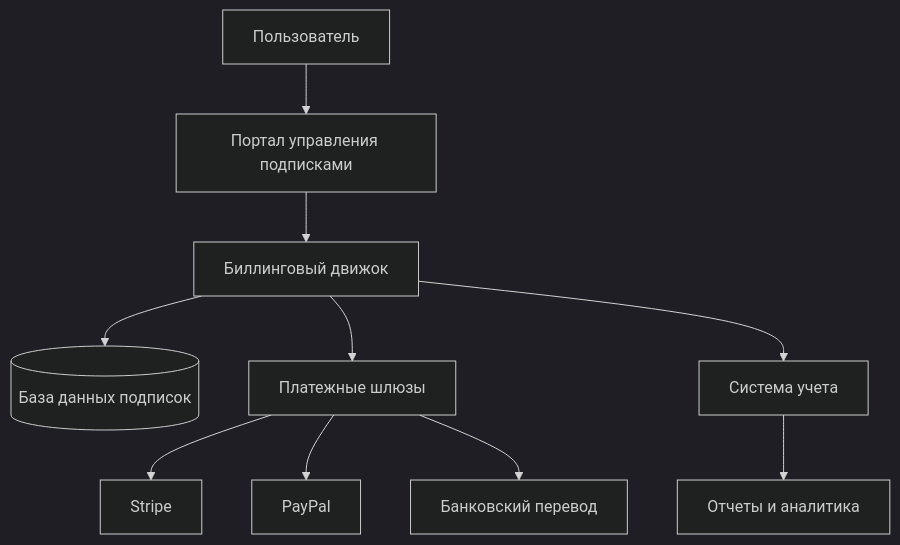
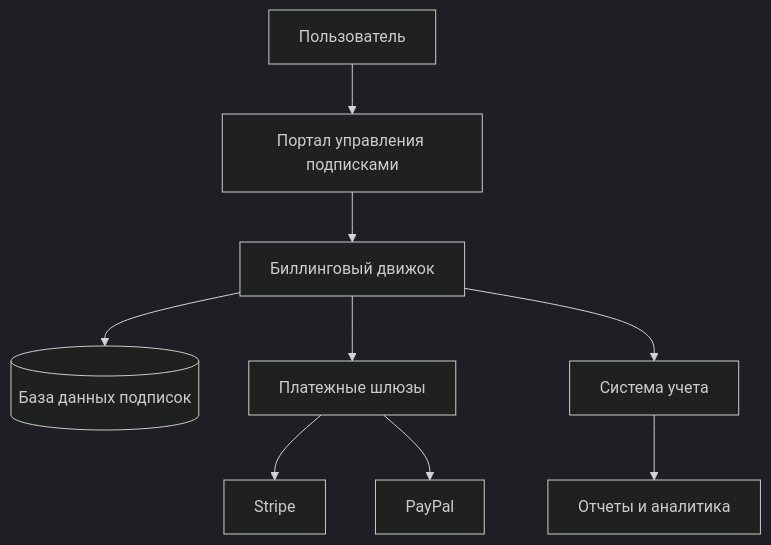
The diagram in docs/subscription/billing.md (Vnedrenec/integrator), drawn with Mermaid (dark theme) before and after one commit. The commit also changed other lines of this file, not shown here.

````diff
--- a/docs/subscription/billing.md
+++ b/docs/subscription/billing.md
@@ -18,12 +18,11 @@
 ```mermaid
 graph TD
     User[Пользователь] --> Portal[Портал управления подписками]
     Portal --> BillingEngine[Биллинговый движок]
     BillingEngine --> SubscriptionDB[(База данных подписок)]
     BillingEngine --> PaymentGateways[Платежные шлюзы]
     PaymentGateways --> Stripe[Stripe]
     PaymentGateways --> PayPal[PayPal]
-    PaymentGateways --> BankTransfer[Банковский перевод]
     BillingEngine --> AccountingSystem[Система учета]
     AccountingSystem --> Reports[Отчеты и аналитика]
 ```
````
